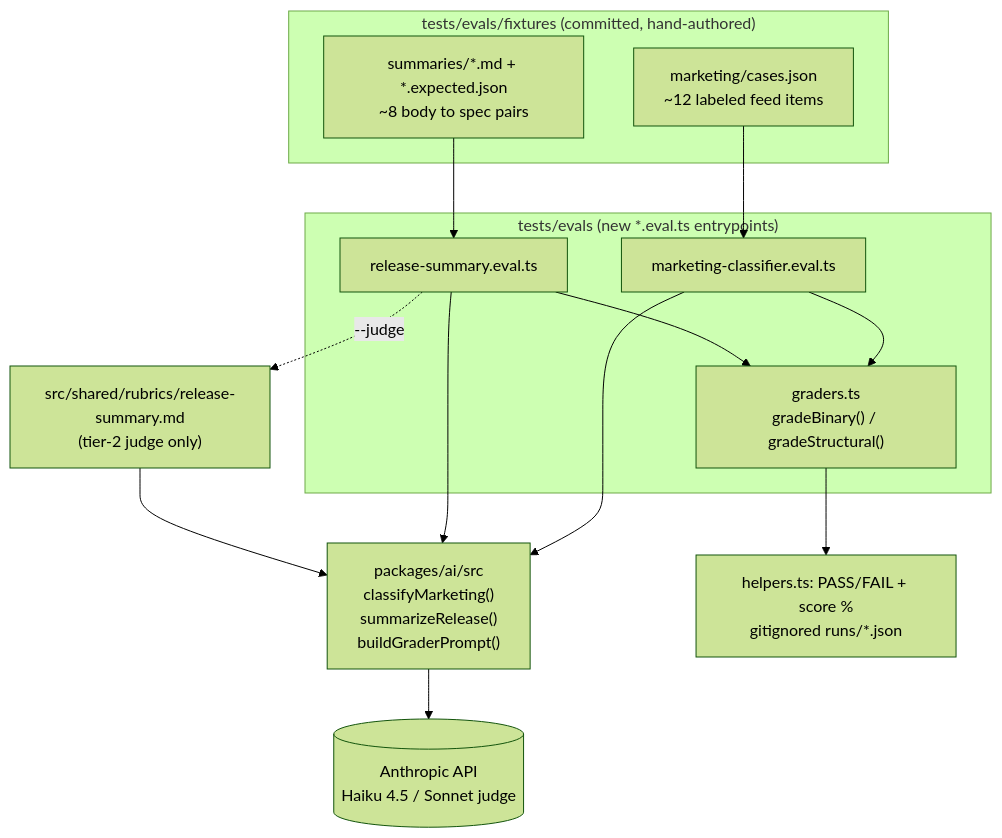
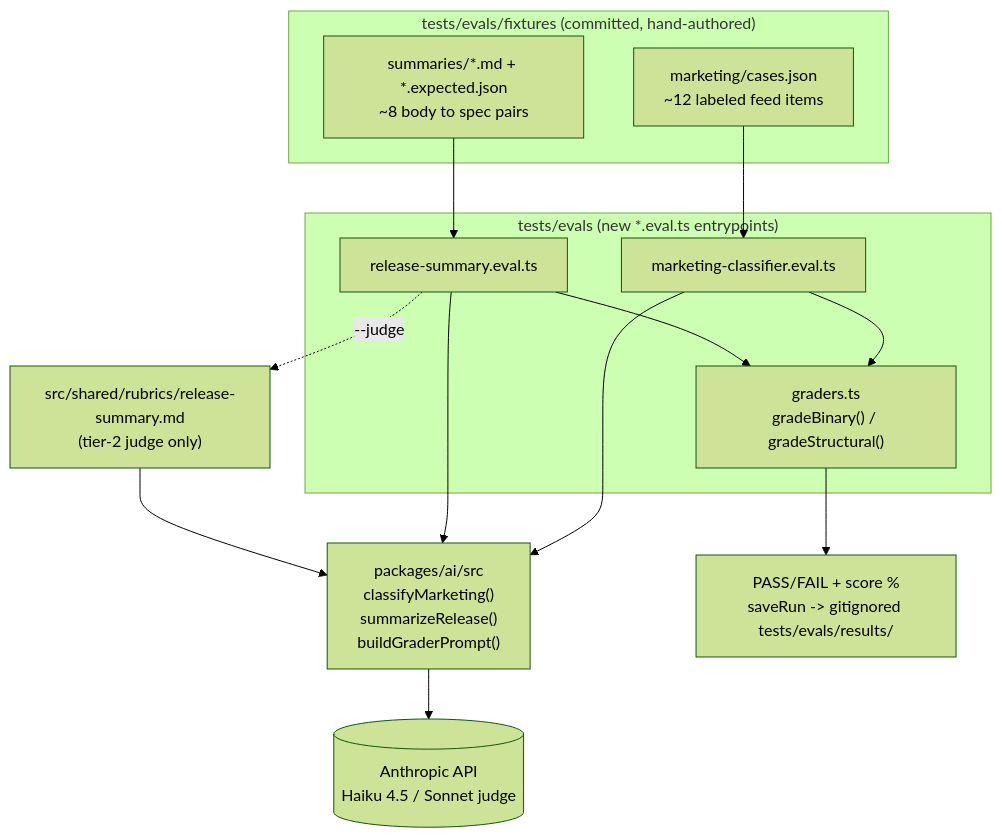
The diagram in docs/superpowers/specs/2026-06-01-local-ad-hoc-evals-design.md (buildinternet/releases), drawn with Mermaid (forest theme) before and after one commit. The commit also changed other lines of this file and 7 other files, not shown here.

First line of the commit message:
feat(evals): persist all runs to gitignored tests/evals/results/ via saveRun

````diff
--- a/docs/superpowers/specs/2026-06-01-local-ad-hoc-evals-design.md
+++ b/docs/superpowers/specs/2026-06-01-local-ad-hoc-evals-design.md
@@ -22,28 +22,28 @@
 ```mermaid
 flowchart TD
     subgraph fixtures["tests/evals/fixtures (committed, hand-authored)"]
         MF["marketing/cases.json<br/>~12 labeled feed items"]
         SF["summaries/*.md + *.expected.json<br/>~8 body to spec pairs"]
     end
 
     subgraph evals["tests/evals (new *.eval.ts entrypoints)"]
         ME["marketing-classifier.eval.ts"]
         SE["release-summary.eval.ts"]
         GR["graders.ts<br/>gradeBinary() / gradeStructural()"]
     end
 
     AI["packages/ai/src<br/>classifyMarketing()<br/>summarizeRelease()<br/>buildGraderPrompt()"]
     API[("Anthropic API<br/>Haiku 4.5 / Sonnet judge")]
     RUB["src/shared/rubrics/release-summary.md<br/>(tier-2 judge only)"]
 
     MF --> ME
     SF --> SE
     ME --> AI
     SE --> AI
     AI --> API
     ME --> GR
     SE --> GR
     SE -. "--judge" .-> RUB
     RUB --> AI
-    GR --> REP["helpers.ts: PASS/FAIL + score %<br/>gitignored runs/*.json"]
+    GR --> REP["PASS/FAIL + score %<br/>saveRun -> gitignored tests/evals/results/"]
 ```
````
